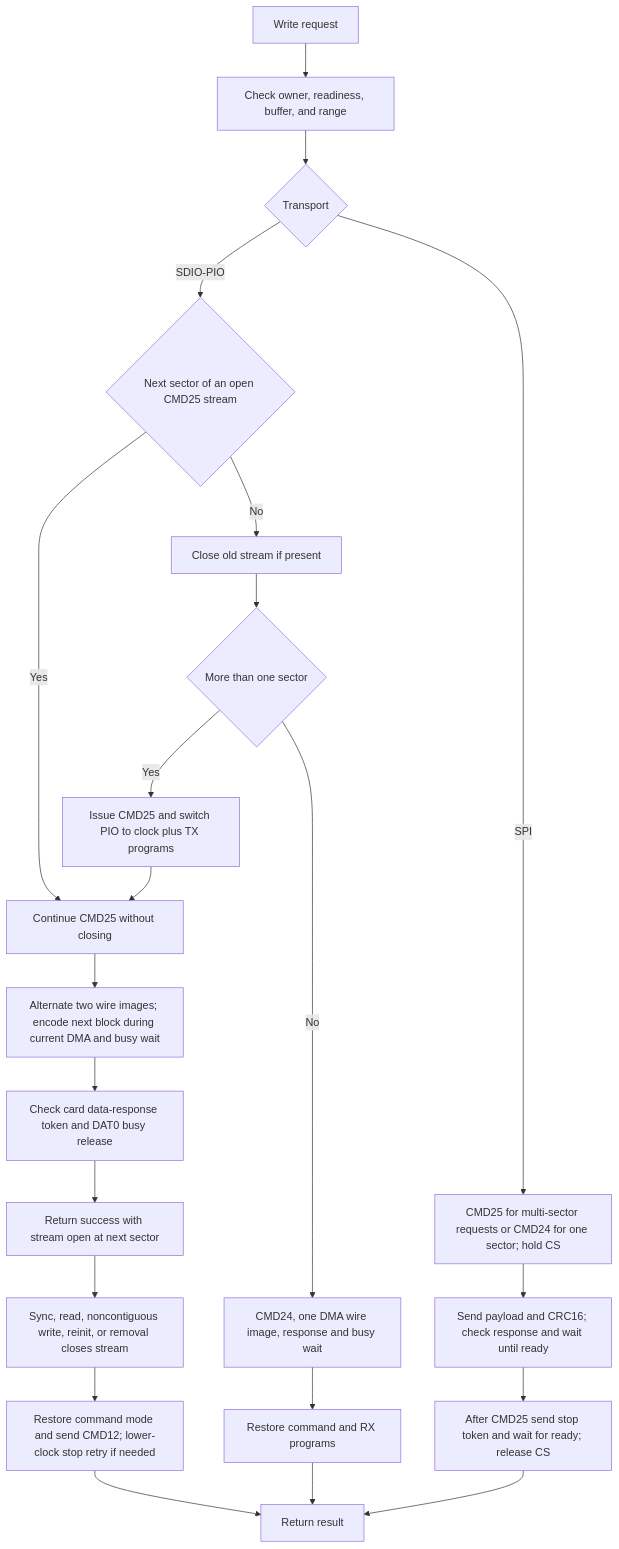
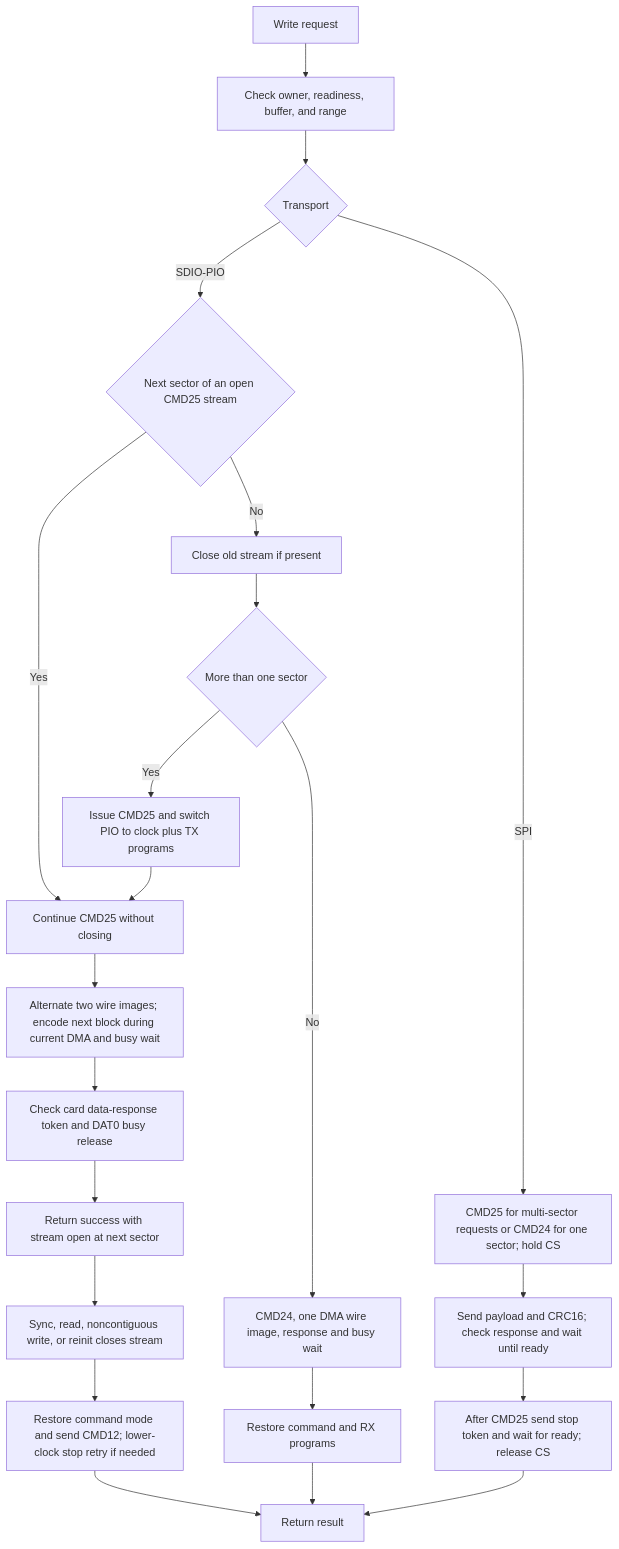
One commit to djwinter29-oss/PicoForge changed the fourth of 5 diagrams in docs/sdcard-design.md. Above: the diagram before and after it, drawn with Mermaid. The commit also changed other lines of this file and 10 other files, not shown here.

````diff
--- a/docs/sdcard-design.md
+++ b/docs/sdcard-design.md
@@ -240,24 +240,24 @@
 ```mermaid
 flowchart TD
     Request[Write request] --> Check[Check owner, readiness, buffer, and range]
     Check --> Mode{Transport}
     Mode -->|SDIO-PIO| Continue{Next sector of an open CMD25 stream}
     Continue -->|Yes| Stream[Continue CMD25 without closing]
     Continue -->|No| Close[Close old stream if present]
     Close --> Count{More than one sector}
     Count -->|Yes| Open[Issue CMD25 and switch PIO to clock plus TX programs]
     Open --> Stream
     Stream --> Encode[Alternate two wire images; encode next block during current DMA and busy wait]
     Encode --> Accept[Check card data-response token and DAT0 busy release]
     Accept --> Pending[Return success with stream open at next sector]
-    Pending --> Sync[Sync, read, noncontiguous write, reinit, or removal closes stream]
+    Pending --> Sync[Sync, read, noncontiguous write, or reinit closes stream]
     Sync --> Stop[Restore command mode and send CMD12; lower-clock stop retry if needed]
     Count -->|No| Single[CMD24, one DMA wire image, response and busy wait]
     Single --> Restore[Restore command and RX programs]
     Mode -->|SPI| SPIWrite[CMD25 for multi-sector requests or CMD24 for one sector; hold CS]
     SPIWrite --> Serial[Send payload and CRC16; check response and wait until ready]
     Restore --> Done[Return result]
     Serial --> SPIStop[After CMD25 send stop token and wait for ready; release CS]
     SPIStop --> Done
     Stop --> Done
 ```
````
